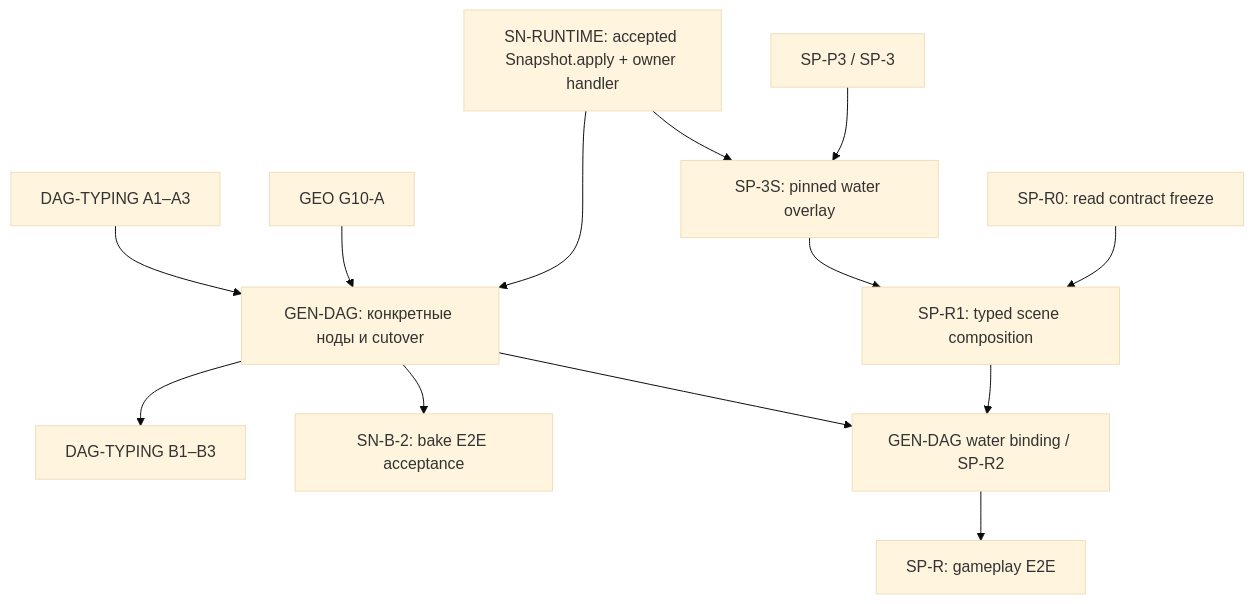
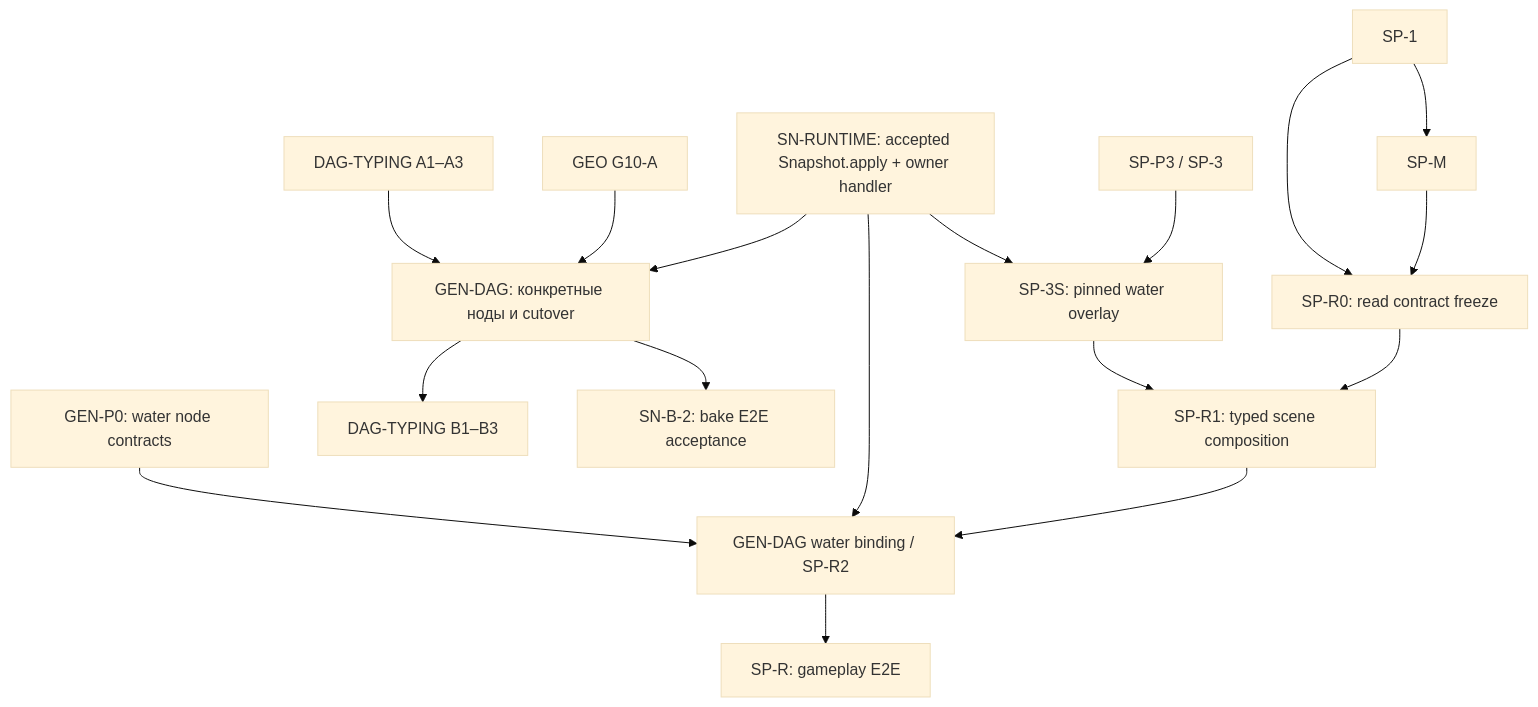
The second of 2 diagrams in .cursor/plans/world-generation-plan-dependency-graph.md (AndrewBondaren/AI-Project), drawn with Mermaid (base theme) before and after one commit. The commit also changed other lines of this file and 1 other file, not shown here.

Commit message:
refactor: Update WORLD-PLAN-GRAPH-1 and GEN-DAG-1 documentation for clarity and versioning

````diff
--- a/.cursor/plans/world-generation-plan-dependency-graph.md
+++ b/.cursor/plans/world-generation-plan-dependency-graph.md
@@ -76,15 +83,19 @@
 ```mermaid
 flowchart TD
     A["DAG-TYPING A1–A3"] --> GEN["GEN-DAG: конкретные ноды и cutover"]
     G["GEO G10-A"] --> GEN
     SN["SN-RUNTIME: accepted Snapshot.apply + owner handler"] --> GEN
     SN --> S["SP-3S: pinned water overlay"]
     BASE["SP-P3 / SP-3"] --> S
     S --> R1["SP-R1: typed scene composition"]
     R0["SP-R0: read contract freeze"] --> R1
     GEN --> B["DAG-TYPING B1–B3"]
     GEN --> SB["SN-B-2: bake E2E acceptance"]
-    GEN --> R2["GEN-DAG water binding / SP-R2"]
+    GC["GEN-P0: water node contracts"] --> R2["GEN-DAG water binding / SP-R2"]
+    SN --> R2
+    S1["SP-1"] --> M["SP-M"]
+    S1 --> R0
+    M --> R0
     R1 --> R2
     R2 --> E["SP-R: gameplay E2E"]
 ```
````
